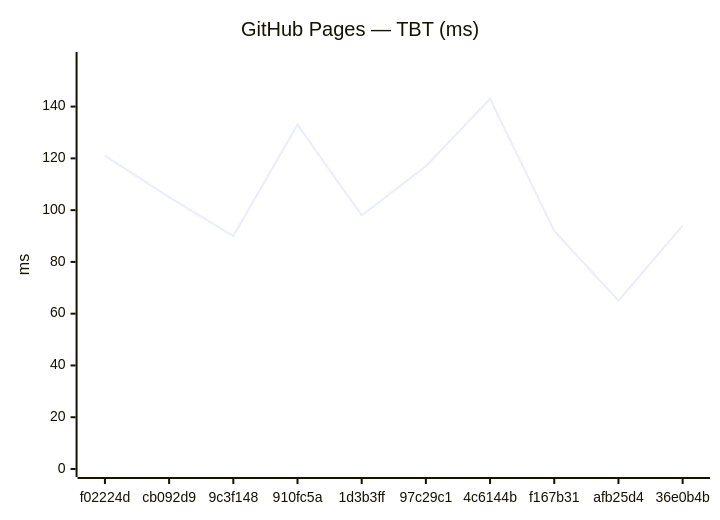
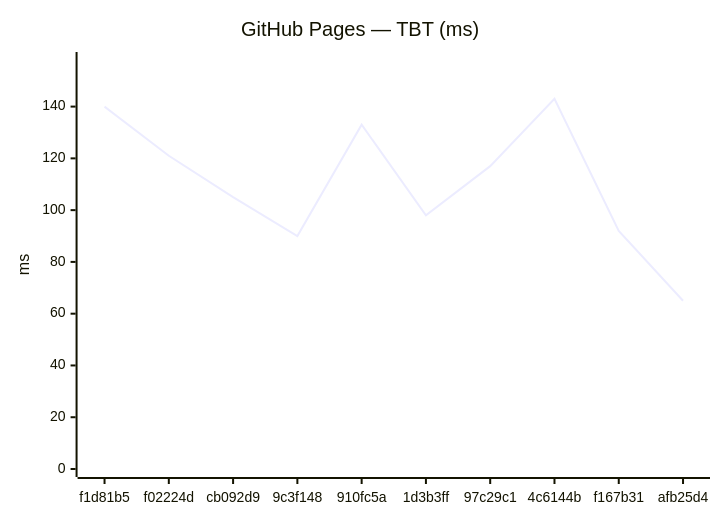
The fourth of 18 diagrams in benchmarks/compare.md (Metaheurist/Rianell), drawn with Mermaid before and after one commit. The commit also changed other lines of this file and 11 other files, not shown here.

````diff
--- a/benchmarks/compare.md
+++ b/benchmarks/compare.md
@@ -61,7 +61,7 @@
 ```mermaid
 xychart-beta
     title "GitHub Pages — TBT (ms)"
-    x-axis ["f02224d", "cb092d9", "9c3f148", "910fc5a", "1d3b3ff", "97c29c1", "4c6144b", "f167b31", "afb25d4", "36e0b4b"]
+    x-axis ["f1d81b5", "f02224d", "cb092d9", "9c3f148", "910fc5a", "1d3b3ff", "97c29c1", "4c6144b", "f167b31", "afb25d4"]
     y-axis "ms" 0 --> 158
-    line [121, 105, 90, 133, 98, 117, 143, 92, 65, 94]
+    line [140, 121, 105, 90, 133, 98, 117, 143, 92, 65]
 ```
````
